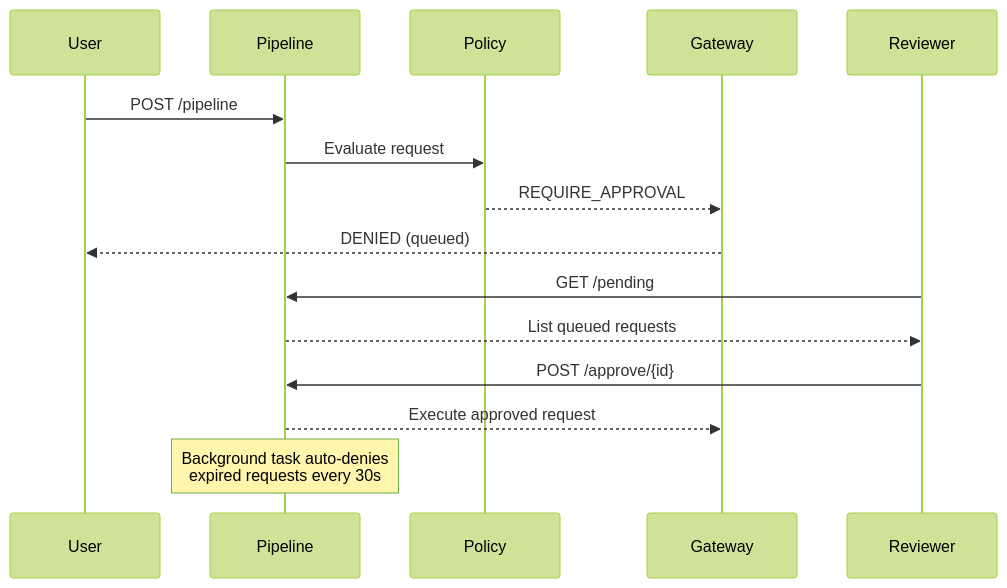
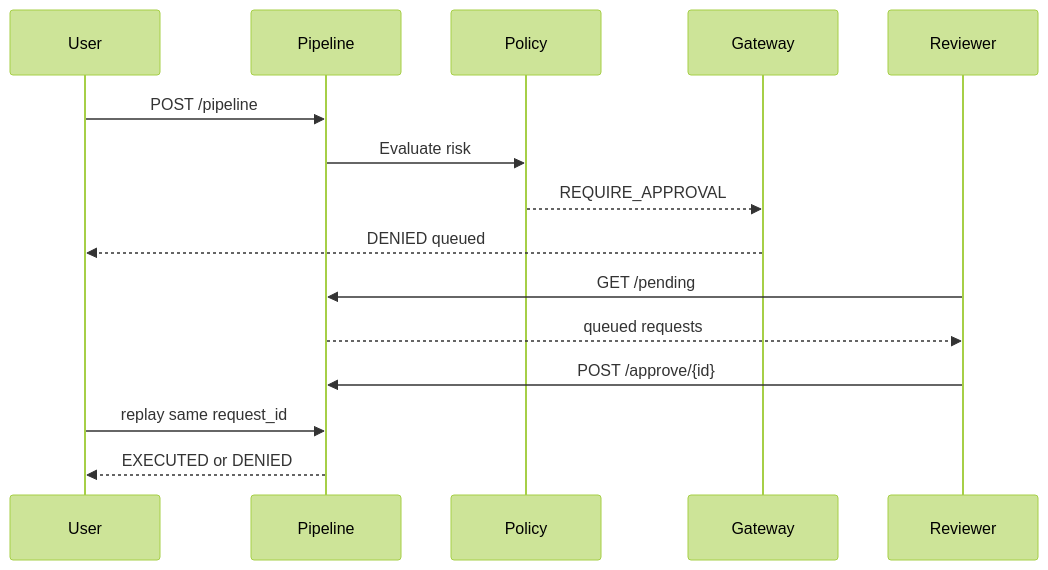
One commit to Keglover/2026-CMPE-295A-B-Agentic-Security-Pipeline changed the fourth of 4 diagrams in README.md. Above: the diagram before and after it, drawn with Mermaid (forest theme). The commit also changed other lines of this file and 17 other files, not shown here.

Commit message:
feat(gateway,sandbox,planner): add execute_command with approval replay and cloud-first synthesis

````diff
--- a/README.md
+++ b/README.md
@@ -313,21 +615,20 @@
 ```mermaid
 sequenceDiagram
     participant User
     participant Pipeline
     participant Policy
     participant Gateway
     participant Reviewer
-    
+
     User->>Pipeline: POST /pipeline
-    Pipeline->>Policy: Evaluate request
+    Pipeline->>Policy: Evaluate risk
     Policy-->>Gateway: REQUIRE_APPROVAL
-    Gateway-->>User: DENIED (queued)
-    
+    Gateway-->>User: DENIED queued
+
     Reviewer->>Pipeline: GET /pending
-    Pipeline-->>Reviewer: List queued requests
-    
+    Pipeline-->>Reviewer: queued requests
+
     Reviewer->>Pipeline: POST /approve/{id}
-    Pipeline-->>Gateway: Execute approved request
-    
-    Note over Pipeline: Background task auto-denies<br>expired requests every 30s
+    User->>Pipeline: replay same request_id
+    Pipeline-->>User: EXECUTED or DENIED
 ```
````
